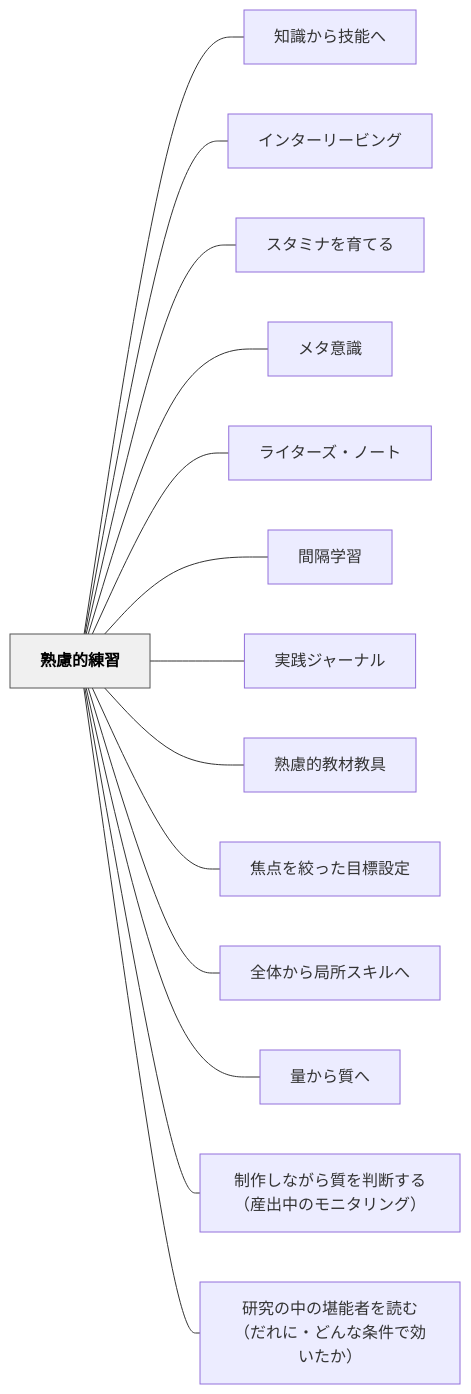
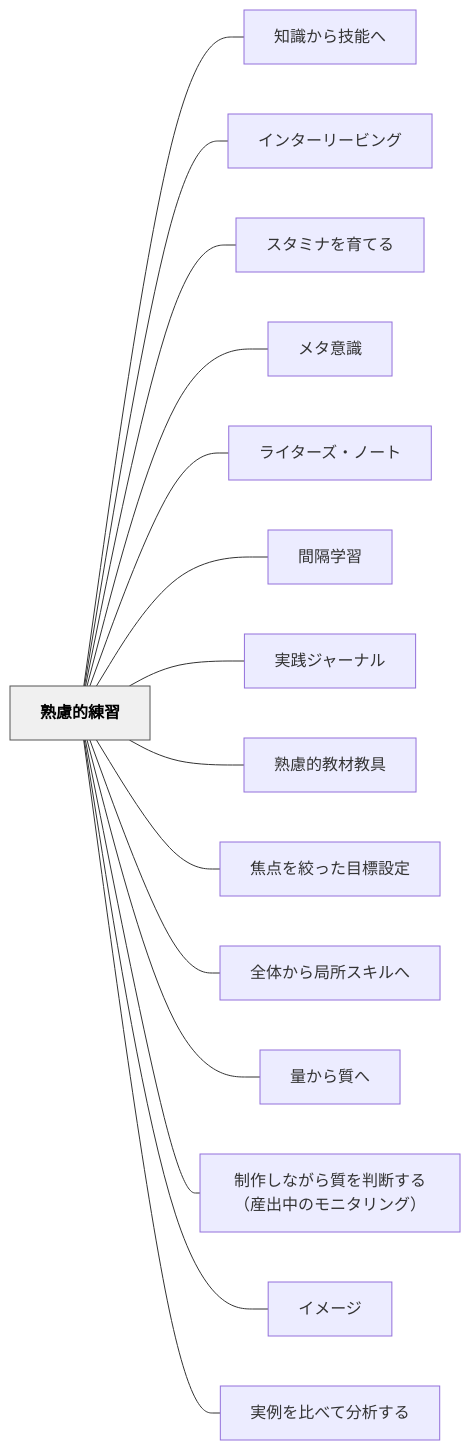
The diagram in content/パタン/熟慮的練習.md (unknownthings-ed-patterns/unknownthings-ed-patterns), drawn with Mermaid before and after one commit. The commit also changed other lines of this file and 5 other files, not shown here.

````diff
--- a/content/パタン/熟慮的練習.md
+++ b/content/パタン/熟慮的練習.md
@@ -181,34 +185,36 @@
 ```mermaid
 flowchart LR
     ne7869fe685aee79a84e7b7b4e7bf92["熟慮的練習"]
     ne79fa5e8ad98e3818be38289e68a80e883bde381b8["知識から技能へ"]
     ne382a4e383b3e382bfe383bce383aae383bce38393e383b3e382b0["インターリービング"]
     ne382b9e382bfe3839fe3838ae38292e882b2e381a6e3828b["スタミナを育てる"]
     ne383a1e382bfe6848fe8ad98["メタ意識"]
     ne383a9e382a4e382bfe383bce382bae383bbe3838ee383bce38388["ライターズ・ノート"]
     ne99693e99a94e5ada6e7bf92["間隔学習"]
     ne5ae9fe8b7b5e382b8e383a3e383bce3838ae383ab["実践ジャーナル"]
     ne7869fe685aee79a84e69599e69d90e69599e585b7["熟慮的教材教具"]
     ne784a6e782b9e38292e7b59ee381a3e3819fe79baee6a899e8a8ade5ae9a["焦点を絞った目標設定"]
     ne585a8e4bd93e3818be38289e5b180e68980e382b9e382ade383abe381b8["全体から局所スキルへ"]
     ne9878fe3818be38289e8b3aae381b8["量から質へ"]
     ne588b6e4bd9ce38197e381aae3818ce38289e8b3aae38292e588a4e696ade38199e3828befbc88e794a3e587bae4b8ade381aee383a2e3838be382bfe383aae383b3e382b0efbc89["制作しながら質を判断する（産出中のモニタリング）"]
-    ne7a094e7a9b6e381aee4b8ade381aee5a0aae883bde88085e38292e8aaade38280efbc88e381a0e3828ce381abe383bbe381a9e38293e381aae69da1e4bbb6e381a7e58ab9e38184e3819fe3818befbc89["研究の中の堪能者を読む（だれに・どんな条件で効いたか）"]
+    ne382a4e383a1e383bce382b8["イメージ"]
+    ne5ae9fe4be8be38292e6af94e381b9e381a6e58886e69e90e38199e3828b["実例を比べて分析する"]
 
     ne7869fe685aee79a84e7b7b4e7bf92 --- ne79fa5e8ad98e3818be38289e68a80e883bde381b8
     ne7869fe685aee79a84e7b7b4e7bf92 --- ne382a4e383b3e382bfe383bce383aae383bce38393e383b3e382b0
     ne7869fe685aee79a84e7b7b4e7bf92 --- ne382b9e382bfe3839fe3838ae38292e882b2e381a6e3828b
     ne7869fe685aee79a84e7b7b4e7bf92 --- ne383a1e382bfe6848fe8ad98
     ne7869fe685aee79a84e7b7b4e7bf92 --- ne383a9e382a4e382bfe383bce382bae383bbe3838ee383bce38388
     ne7869fe685aee79a84e7b7b4e7bf92 --- ne99693e99a94e5ada6e7bf92
     ne7869fe685aee79a84e7b7b4e7bf92 --- ne5ae9fe8b7b5e382b8e383a3e383bce3838ae383ab
     ne7869fe685aee79a84e7b7b4e7bf92 --- ne7869fe685aee79a84e69599e69d90e69599e585b7
     ne7869fe685aee79a84e7b7b4e7bf92 --- ne784a6e782b9e38292e7b59ee381a3e3819fe79baee6a899e8a8ade5ae9a
     ne7869fe685aee79a84e7b7b4e7bf92 --- ne585a8e4bd93e3818be38289e5b180e68980e382b9e382ade383abe381b8
     ne7869fe685aee79a84e7b7b4e7bf92 --- ne9878fe3818be38289e8b3aae381b8
     ne7869fe685aee79a84e7b7b4e7bf92 --- ne588b6e4bd9ce38197e381aae3818ce38289e8b3aae38292e588a4e696ade38199e3828befbc88e794a3e587bae4b8ade381aee383a2e3838be382bfe383aae383b3e382b0efbc89
-    ne7869fe685aee79a84e7b7b4e7bf92 --- ne7a094e7a9b6e381aee4b8ade381aee5a0aae883bde88085e38292e8aaade38280efbc88e381a0e3828ce381abe383bbe381a9e38293e381aae69da1e4bbb6e381a7e58ab9e38184e3819fe3818befbc89
+    ne7869fe685aee79a84e7b7b4e7bf92 --- ne382a4e383a1e383bce382b8
+    ne7869fe685aee79a84e7b7b4e7bf92 --- ne5ae9fe4be8be38292e6af94e381b9e381a6e58886e69e90e38199e3828b
 
     classDef hub fill:#f0f0f0,stroke:#555,color:#000,font-weight:bold
     class ne7869fe685aee79a84e7b7b4e7bf92 hub
 ```
````
